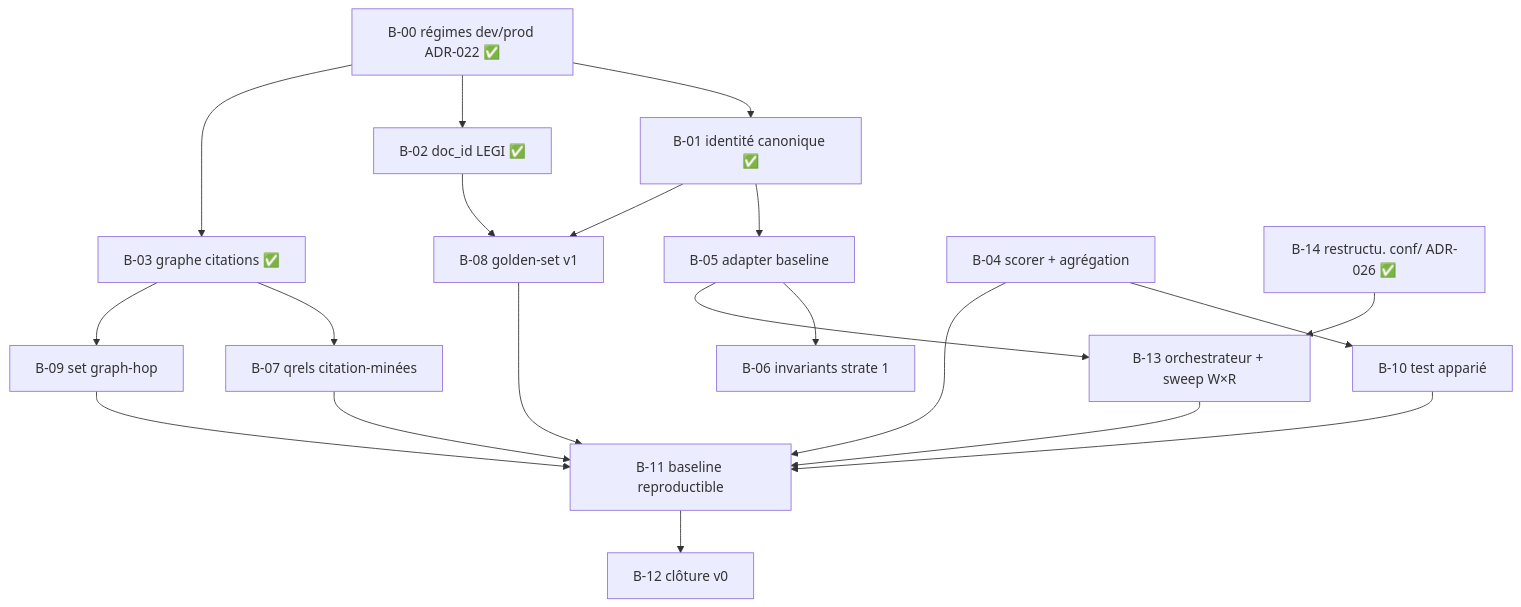
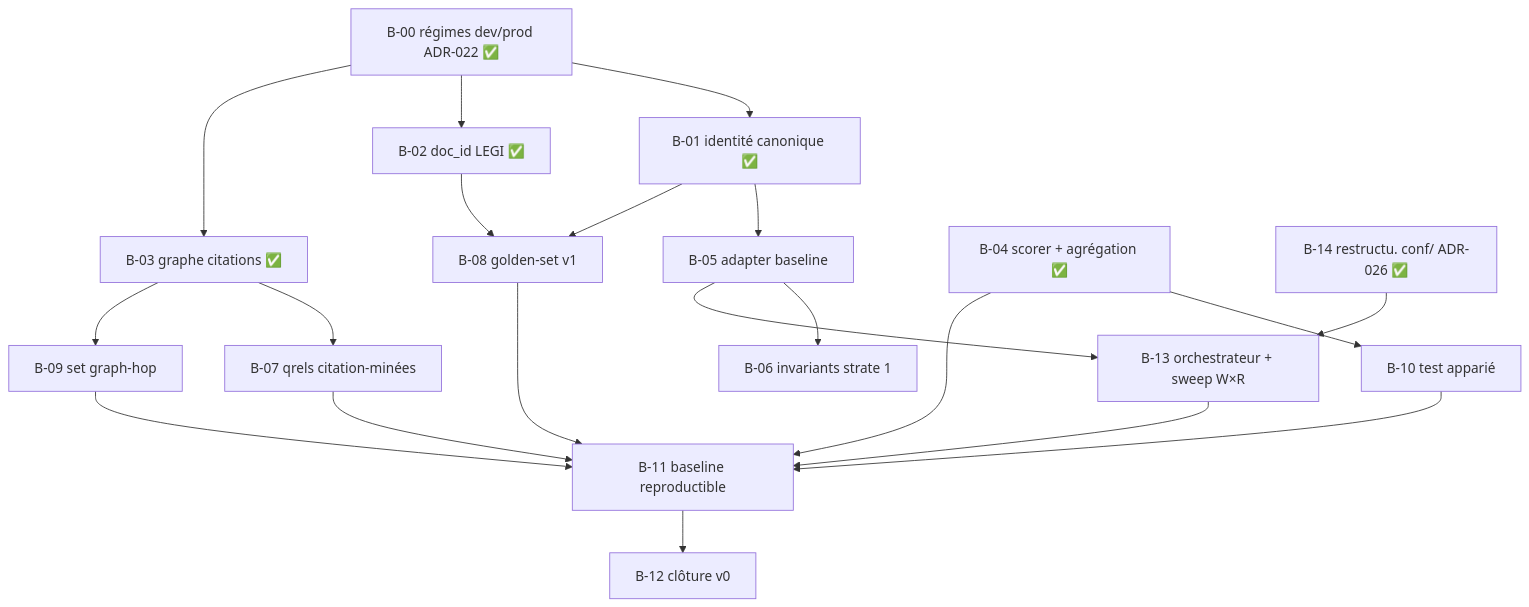
The diagram in docs/pilotage/BACKLOG.md (nmoutou/murphy), drawn with Mermaid before and after one commit. The commit also changed other lines of this file and 37 other files, not shown here.

````diff
--- a/docs/pilotage/BACKLOG.md
+++ b/docs/pilotage/BACKLOG.md
@@ -65,22 +76,22 @@
 ```mermaid
 flowchart TD
     B00[B-00 régimes dev/prod ADR-022 ✅] --> B01[B-01 identité canonique ✅]
     B00 --> B02[B-02 doc_id LEGI ✅]
     B00 --> B03
     B01 --> B05[B-05 adapter baseline]
     B01 --> B08[B-08 golden-set v1]
     B02 --> B08
     B03[B-03 graphe citations ✅] --> B07[B-07 qrels citation-minées]
     B03 --> B09[B-09 set graph-hop]
-    B04[B-04 scorer + agrégation] --> B10[B-10 test apparié]
+    B04[B-04 scorer + agrégation ✅] --> B10[B-10 test apparié]
     B04 --> B11[B-11 baseline reproductible]
     B05 --> B06[B-06 invariants strate 1]
     B05 --> B13[B-13 orchestrateur + sweep W×R]
     B14[B-14 restructu. conf/ ADR-026 ✅] --> B13
     B07 --> B11
     B08 --> B11
     B09 --> B11
     B10 --> B11
     B13 --> B11
     B11 --> B12[B-12 clôture v0]
 ```
````
